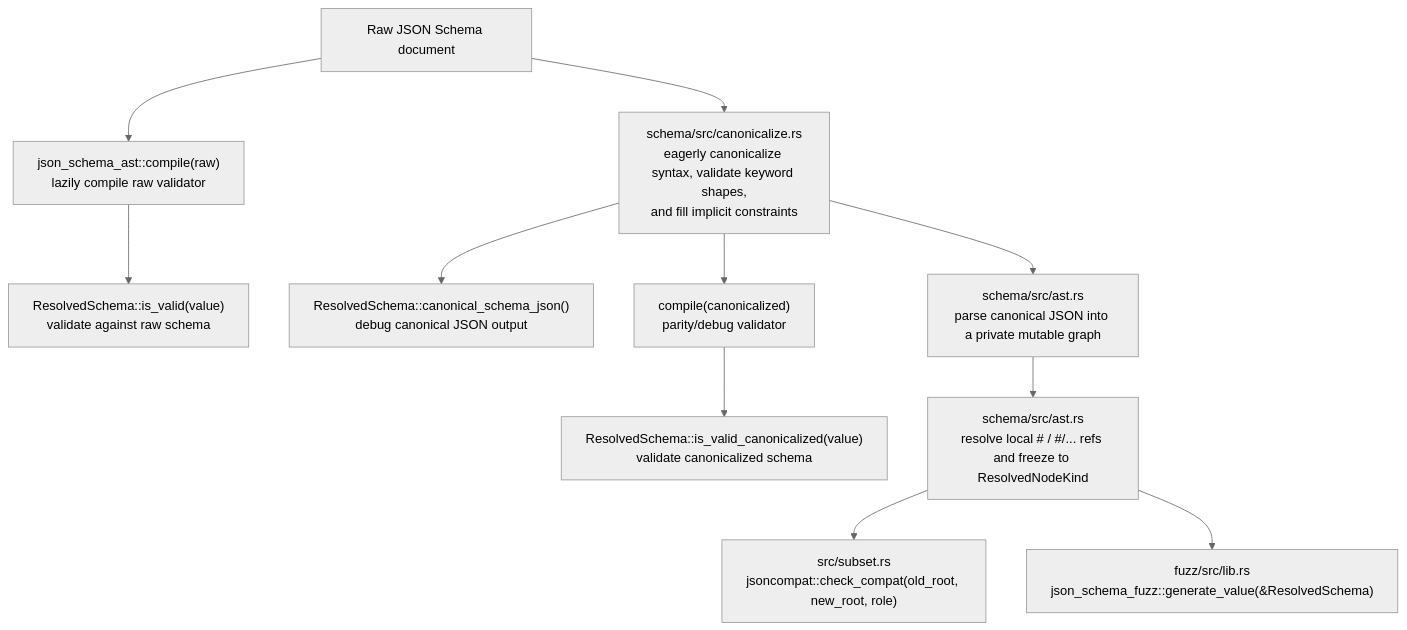
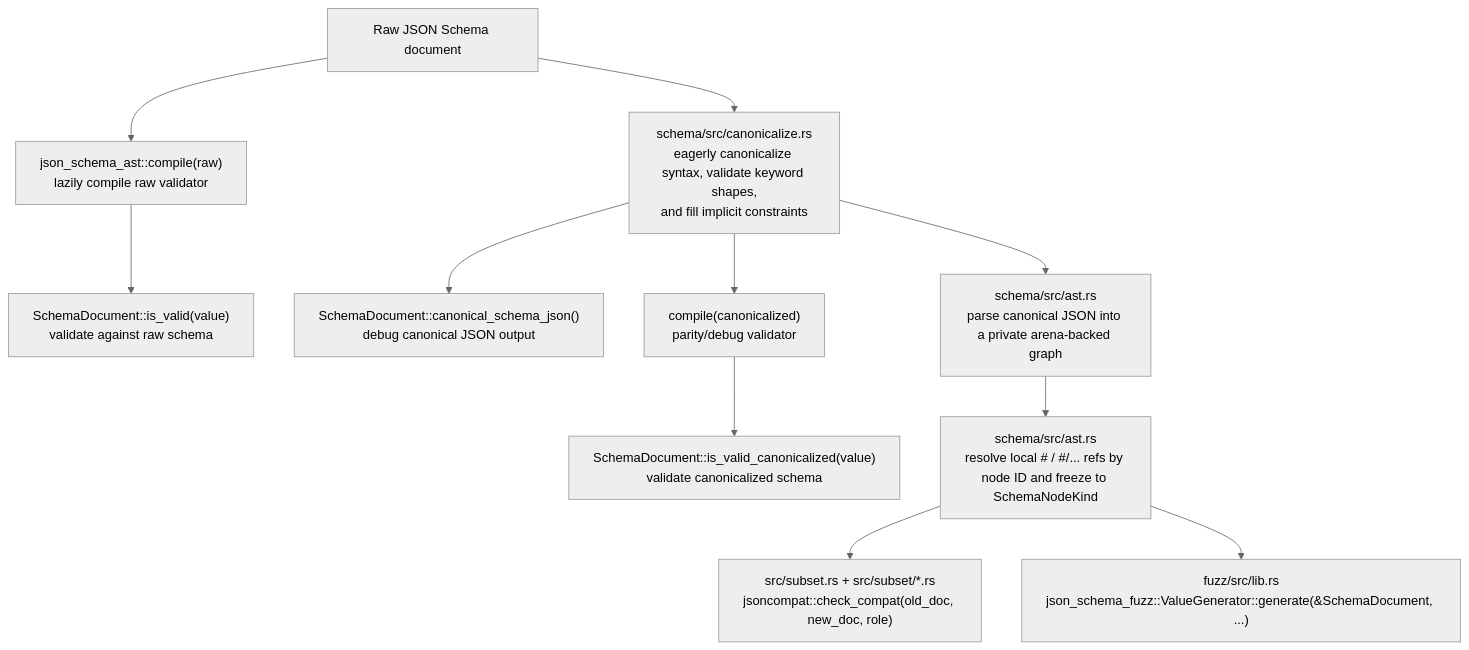
One commit to ostrowr/jsoncompat changed the diagram in readme.md. Above: the diagram before and after it, drawn with Mermaid (neutral theme). The commit also changed other lines of this file and 17 other files, not shown here.

````diff
--- a/readme.md
+++ b/readme.md
@@ -225,21 +226,21 @@
 ```mermaid
 flowchart TD
     raw["Raw JSON Schema document"]
     compile_raw["json_schema_ast::compile(raw)\nlazily compile raw validator"]
-    validate_raw["ResolvedSchema::is_valid(value)\nvalidate against raw schema"]
+    validate_raw["SchemaDocument::is_valid(value)\nvalidate against raw schema"]
     canonicalize["schema/src/canonicalize.rs\neagerly canonicalize syntax, validate keyword shapes,\nand fill implicit constraints"]
-    canonical_json["ResolvedSchema::canonical_schema_json()\ndebug canonical JSON output"]
+    canonical_json["SchemaDocument::canonical_schema_json()\ndebug canonical JSON output"]
     compile_canonical["compile(canonicalized)\nparity/debug validator"]
-    validate_canonical["ResolvedSchema::is_valid_canonicalized(value)\nvalidate canonicalized schema"]
-    parse["schema/src/ast.rs\nparse canonical JSON into a private mutable graph"]
-    resolve["schema/src/ast.rs\nresolve local # / #/... refs and freeze to ResolvedNodeKind"]
-    compat["src/subset.rs\njsoncompat::check_compat(old_root, new_root, role)"]
-    fuzz["fuzz/src/lib.rs\njson_schema_fuzz::generate_value(&ResolvedSchema)"]
+    validate_canonical["SchemaDocument::is_valid_canonicalized(value)\nvalidate canonicalized schema"]
+    parse["schema/src/ast.rs\nparse canonical JSON into a private arena-backed graph"]
+    resolve["schema/src/ast.rs\nresolve local # / #/... refs by node ID and freeze to SchemaNodeKind"]
+    compat["src/subset.rs + src/subset/*.rs\njsoncompat::check_compat(old_doc, new_doc, role)"]
+    fuzz["fuzz/src/lib.rs\njson_schema_fuzz::ValueGenerator::generate(&SchemaDocument, ...)"]
 
     raw --> compile_raw --> validate_raw
     raw --> canonicalize --> parse --> resolve
     canonicalize --> canonical_json
     canonicalize --> compile_canonical --> validate_canonical
     resolve --> compat
     resolve --> fuzz
 ```
````
